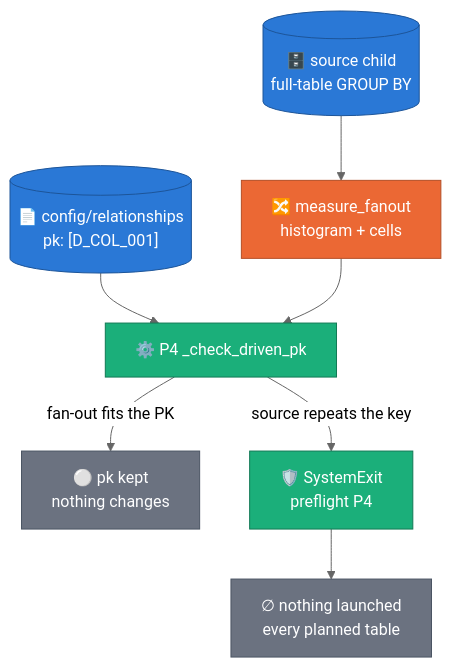
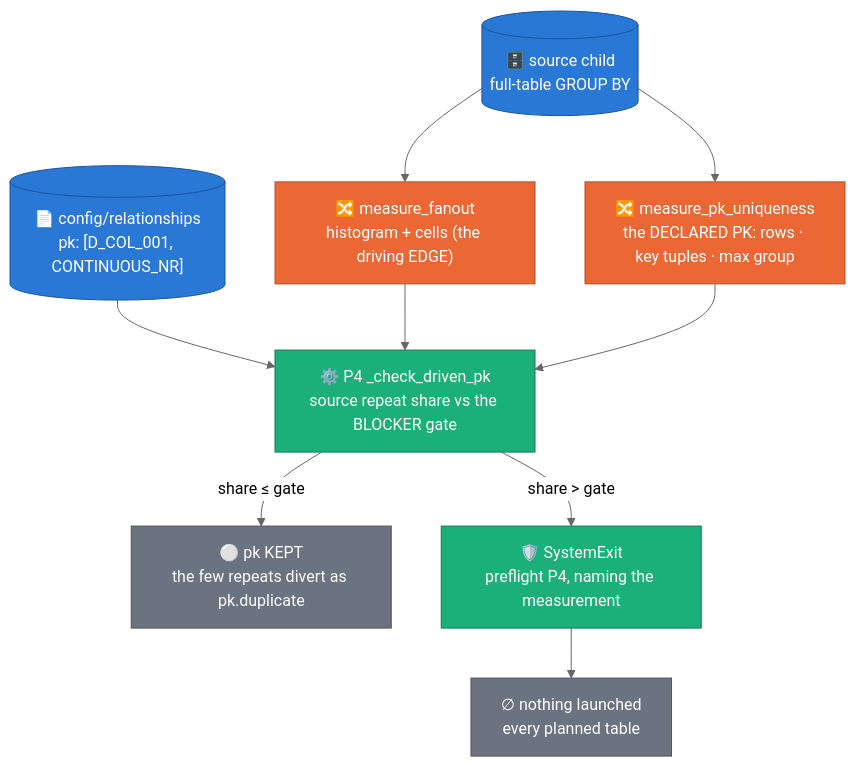
One commit to albertols/synthetic-llm-dataflow-bigquery changed the second of 2 diagrams in docs/adr/0038-measured-conflicts-adjust-the-model.md. Above: the diagram before and after it, drawn with Mermaid (neutral theme). The commit also changed other lines of this file and 15 other files, not shown here.

````diff
--- a/docs/adr/0038-measured-conflicts-adjust-the-model.md
+++ b/docs/adr/0038-measured-conflicts-adjust-the-model.md
@@ -229,18 +290,20 @@
 ```mermaid
 flowchart TD
-  SRC[("🗄️ source child<br/>full-table GROUP BY")] --> M["🔀 measure_fanout<br/>histogram + cells"]
-  DECL[("📄 config/relationships<br/>pk: [D_COL_001]")] --> P4["⚙️ P4 _check_driven_pk"]
+  SRC[("🗄️ source child<br/>full-table GROUP BY")] --> M["🔀 measure_fanout<br/>histogram + cells (the driving EDGE)"]
+  SRC --> PKM["🔀 measure_pk_uniqueness<br/>the DECLARED PK: rows · key tuples · max group"]
+  DECL[("📄 config/relationships<br/>pk: [D_COL_001, CONTINUOUS_NR]")] --> P4["⚙️ P4 _check_driven_pk<br/>source repeat share vs the BLOCKER gate"]
   M --> P4
-  P4 -->|"fan-out fits the PK"| KEEP["⚪ pk kept<br/>nothing changes"]
-  P4 -->|"source repeats the key"| STOP["🛡️ SystemExit<br/>preflight P4"]
+  PKM --> P4
+  P4 -->|"share ≤ gate"| KEEP["⚪ pk KEPT<br/>the few repeats divert as pk.duplicate"]
+  P4 -->|"share > gate"| STOP["🛡️ SystemExit<br/>preflight P4, naming the measurement"]
   STOP --> NONE["∅ nothing launched<br/>every planned table"]
 
   classDef beam  fill:#eb6834,color:#fff,stroke:#b44f26
   classDef cpu   fill:#1baf7a,color:#fff,stroke:#127a55
   classDef store fill:#2a78d6,color:#fff,stroke:#1d5599
   classDef data  fill:#6b7280,color:#fff,stroke:#4b5563
-  class M beam
+  class M,PKM beam
   class P4,STOP cpu
   class SRC,DECL store
   class KEEP,NONE data
 ```
````
